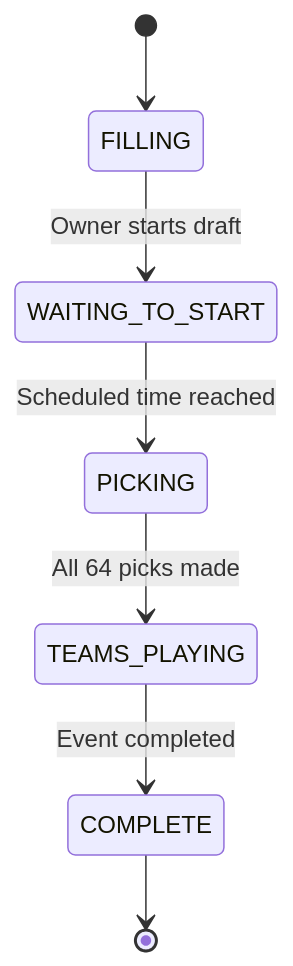
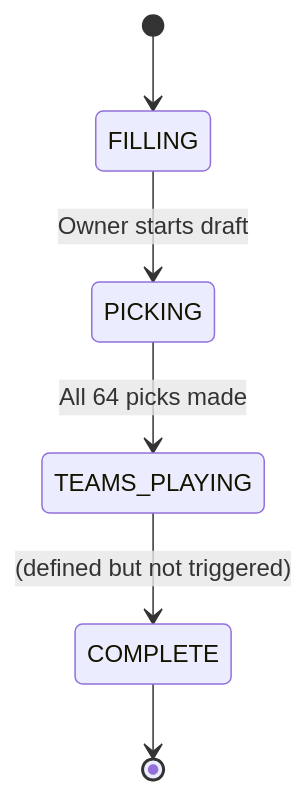
Before and after one commit to squirlemaster42/fantasy-frc-web: the first of 5 diagrams in docs/business-logic/draft-states.md, drawn with Mermaid. The commit also changed other lines of this file and 28 other files, not shown here.

````diff
--- a/docs/business-logic/draft-states.md
+++ b/docs/business-logic/draft-states.md
@@ -12,9 +12,8 @@
 ```mermaid
 stateDiagram-v2
     [*] --> FILLING
-    FILLING --> WAITING_TO_START: Owner starts draft
-    WAITING_TO_START --> PICKING: Scheduled time reached
+    FILLING --> PICKING: Owner starts draft
     PICKING --> TEAMS_PLAYING: All 64 picks made
-    TEAMS_PLAYING --> COMPLETE: Event completed
+    TEAMS_PLAYING --> COMPLETE: (defined but not triggered)
     COMPLETE --> [*]
 ```
````
